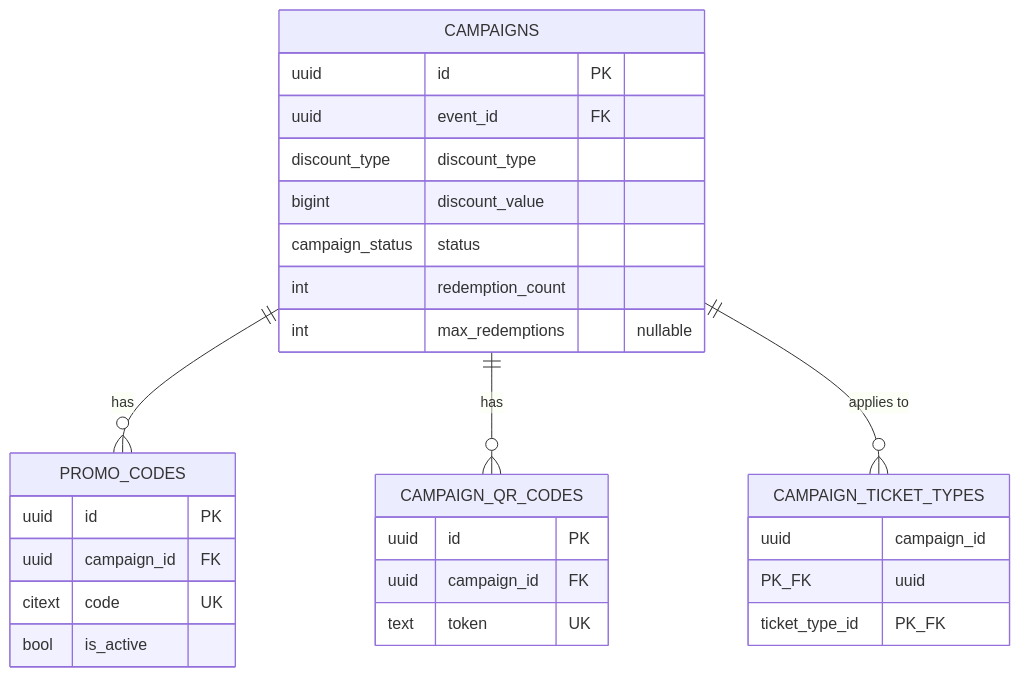
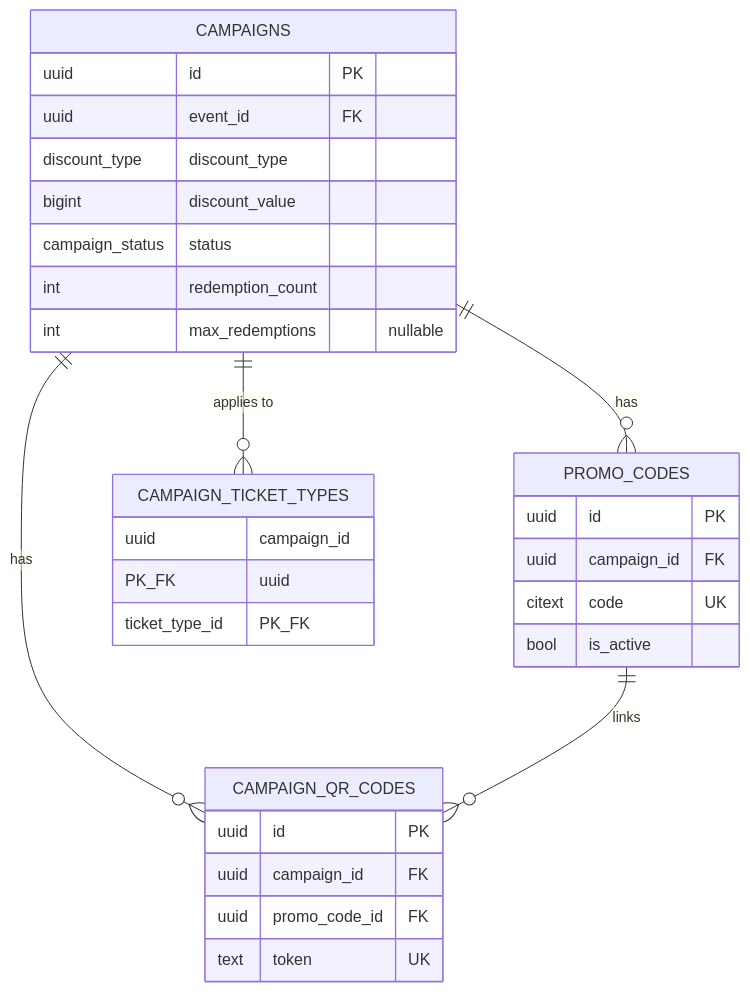
The fifth of 10 diagrams in docs/erd.md (cloudlybtw/biletflow), drawn with Mermaid before and after one commit. The commit also changed other lines of this file and 86 other files, not shown here.

````diff
--- a/docs/erd.md
+++ b/docs/erd.md
@@ -145,31 +150,33 @@
 ```mermaid
 erDiagram
     CAMPAIGNS ||--o{ PROMO_CODES : has
     CAMPAIGNS ||--o{ CAMPAIGN_QR_CODES : has
+    PROMO_CODES ||--o{ CAMPAIGN_QR_CODES : links
     CAMPAIGNS ||--o{ CAMPAIGN_TICKET_TYPES : "applies to"
 
     CAMPAIGNS {
         uuid id PK
         uuid event_id FK
         discount_type discount_type
         bigint discount_value
         campaign_status status
         int redemption_count
         int max_redemptions "nullable"
     }
     PROMO_CODES {
         uuid id PK
         uuid campaign_id FK
         citext code UK
         bool is_active
     }
     CAMPAIGN_QR_CODES {
         uuid id PK
         uuid campaign_id FK
+        uuid promo_code_id FK
         text token UK
     }
     CAMPAIGN_TICKET_TYPES {
         uuid campaign_id PK_FK
         uuid ticket_type_id PK_FK
     }
 ```
````
